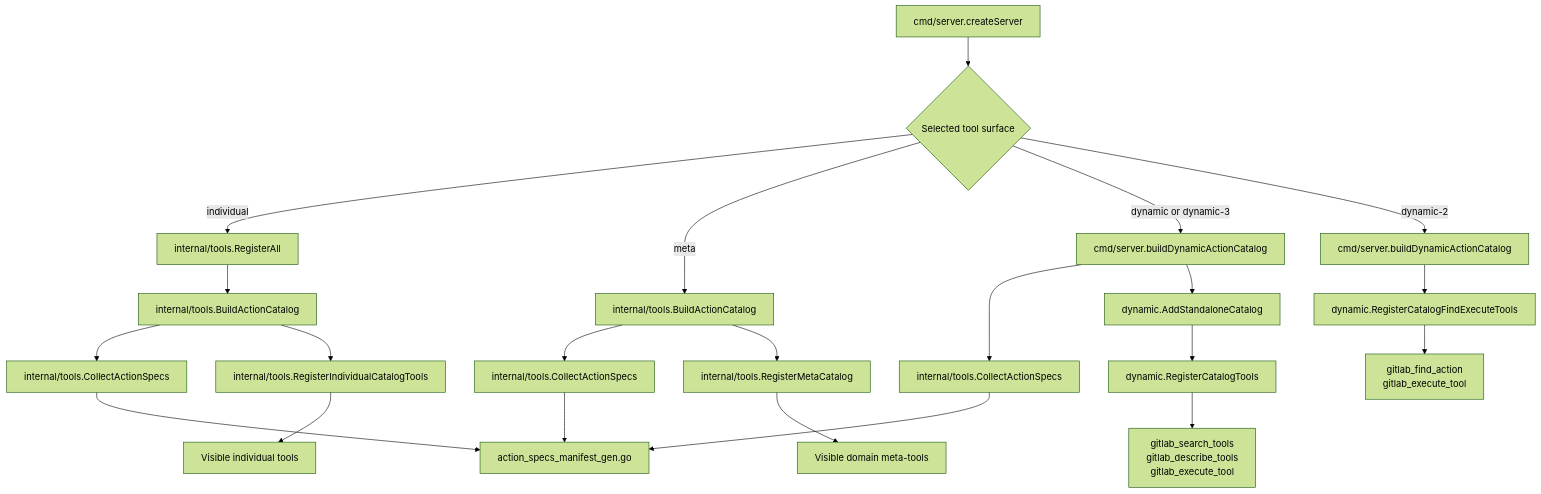
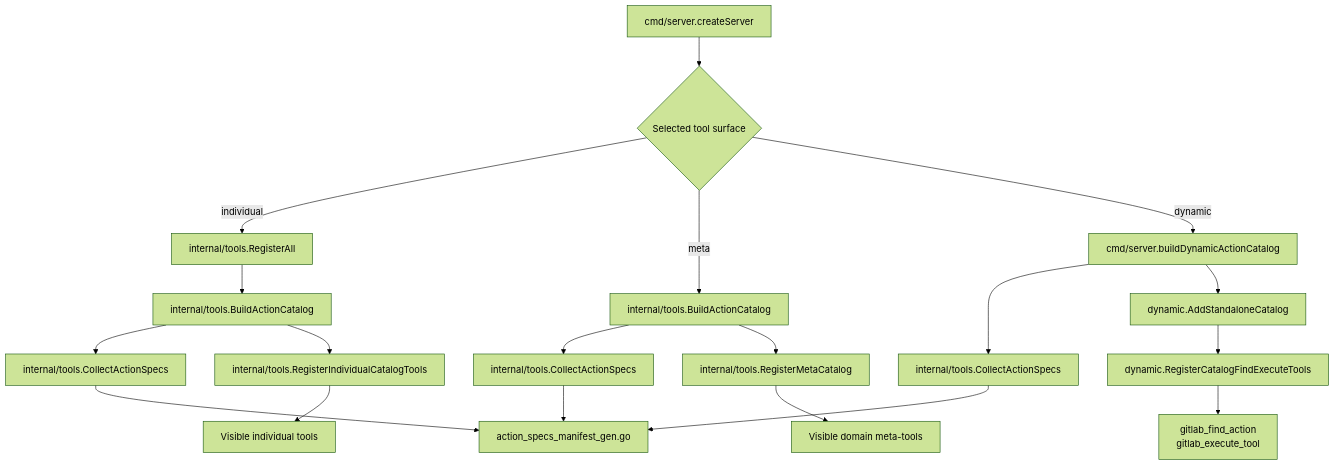
The second of 2 diagrams in docs/development/tool-surfaces-and-action-core.md (jmrplens/gitlab-mcp-server), drawn with Mermaid (forest theme) before and after one commit. The commit also changed other lines of this file and 179 other files, not shown here.

````diff
--- a/docs/development/tool-surfaces-and-action-core.md
+++ b/docs/development/tool-surfaces-and-action-core.md
@@ -130,31 +129,27 @@
 ```mermaid
 flowchart TD
     server[cmd/server.createServer]
     selector{Selected tool surface}
 
     server --> selector
 
     selector -->|individual| registerAll[internal/tools.RegisterAll]
     registerAll --> buildIndividual[internal/tools.BuildActionCatalog]
     buildIndividual --> collectIndividualSpecs[internal/tools.CollectActionSpecs]
     collectIndividualSpecs --> generatedManifest
     buildIndividual --> individualProjection[internal/tools.RegisterIndividualCatalogTools]
     individualProjection --> visibleIndividual[Visible individual tools]
 
     selector -->|meta| buildMeta[internal/tools.BuildActionCatalog]
     buildMeta --> collectSpecs[internal/tools.CollectActionSpecs]
     collectSpecs --> generatedManifest[action_specs_manifest_gen.go]
     buildMeta --> registerMeta[internal/tools.RegisterMetaCatalog]
     registerMeta --> metaTools[Visible domain meta-tools]
 
-    selector -->|dynamic or dynamic-3| buildDynamic[cmd/server.buildDynamicActionCatalog]
+    selector -->|dynamic| buildDynamic[cmd/server.buildDynamicActionCatalog]
     buildDynamic --> collectDynamicSpecs[internal/tools.CollectActionSpecs]
     collectDynamicSpecs --> generatedManifest
     buildDynamic --> standalone[dynamic.AddStandaloneCatalog]
-    standalone --> dynamic3[dynamic.RegisterCatalogTools]
-    dynamic3 --> threeTools[gitlab_search_tools\ngitlab_describe_tools\ngitlab_execute_tool]
-
-    selector -->|dynamic-2| buildDynamic2[cmd/server.buildDynamicActionCatalog]
-    buildDynamic2 --> dynamic2[dynamic.RegisterCatalogFindExecuteTools]
-    dynamic2 --> twoTools[gitlab_find_action\ngitlab_execute_tool]
+    standalone --> dynamicTools[dynamic.RegisterCatalogFindExecuteTools]
+    dynamicTools --> twoTools[gitlab_find_action\ngitlab_execute_tool]
 ```
````
